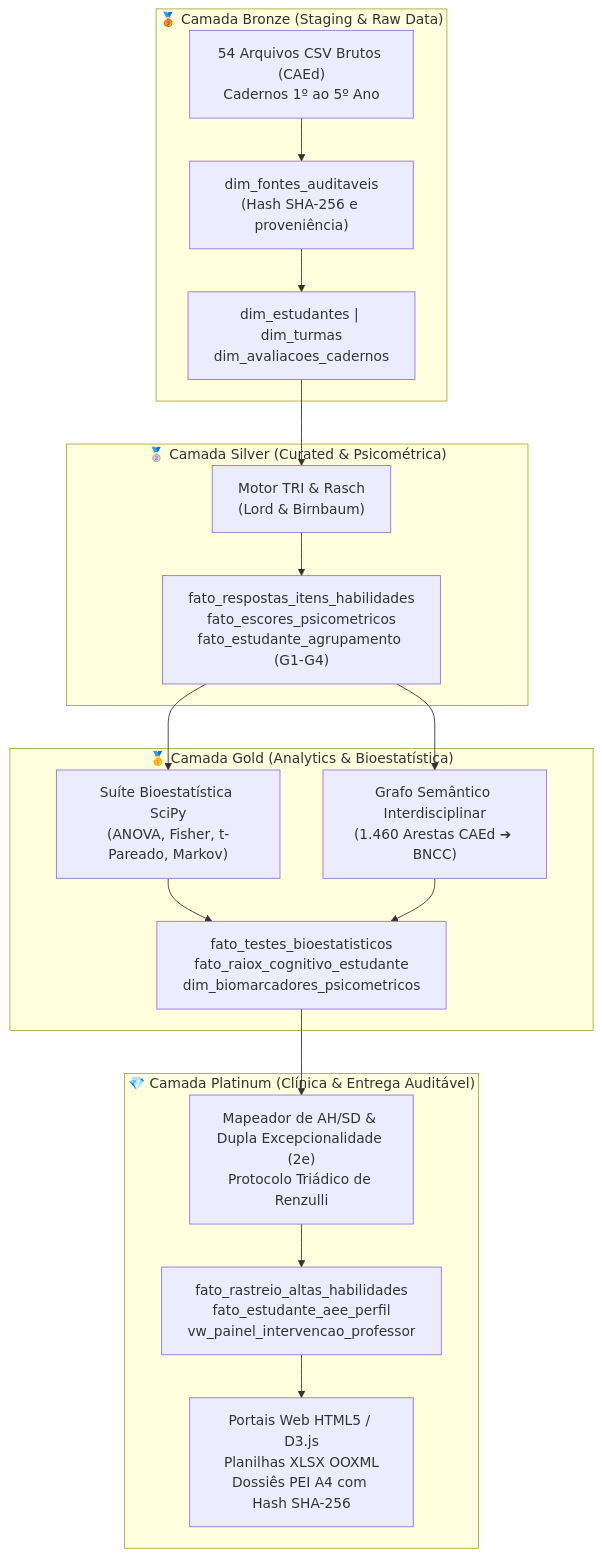
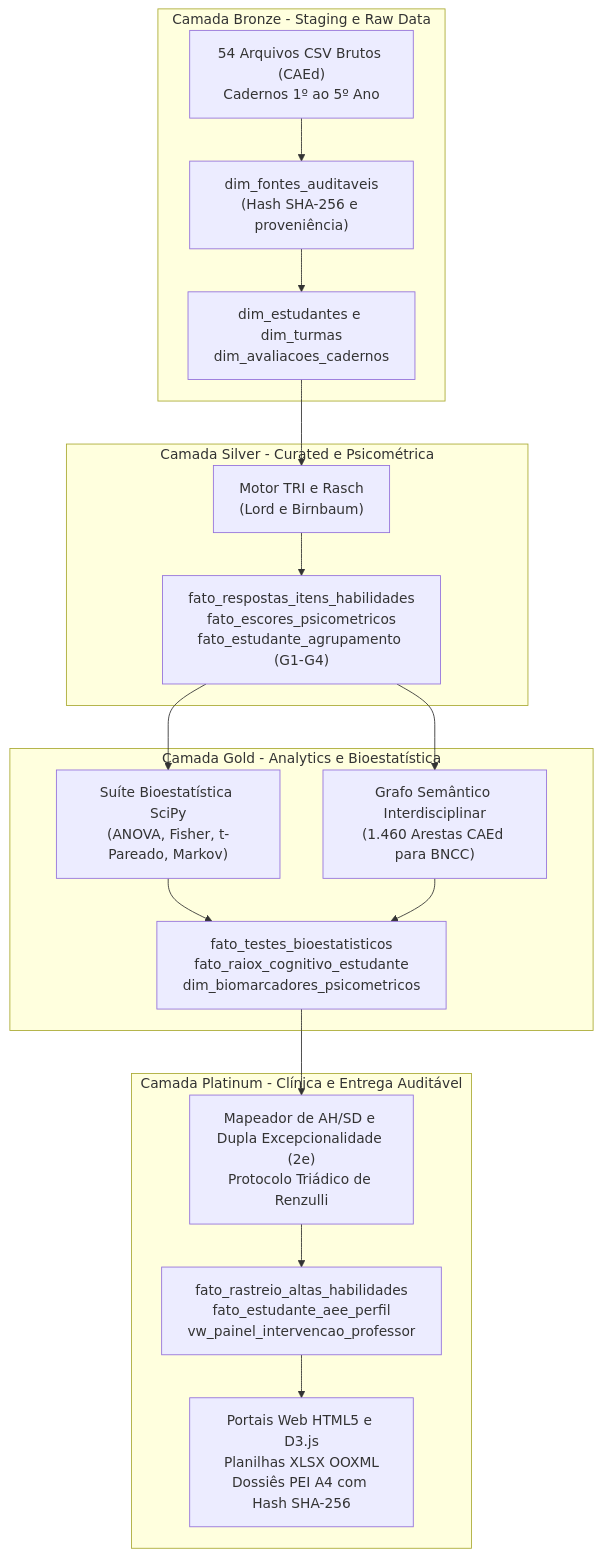
One commit to MarceloClaro/AiramVeras changed the eighth of 17 diagrams in README.md. Above: the diagram before and after it, drawn with Mermaid. The commit also changed other lines of this file, not shown here.

Commit message:
fix(docs): corrige sintaxe Mermaid do ERD e Pipeline Lakehouse no README.md

````diff
--- a/README.md
+++ b/README.md
@@ -640,29 +644,36 @@
 ```mermaid
 graph TD
-    subgraph BRONZE ["🥉 Camada Bronze (Staging & Raw Data)"]
-        CSV["54 Arquivos CSV Brutos (CAEd)<br>Cadernos 1º ao 5º Ano"]
-        FONTES["dim_fontes_auditaveis<br>(Hash SHA-256 e proveniência)"]
-        RAW_TAB["dim_estudantes | dim_turmas<br>dim_avaliacoes_cadernos"]
-        CSV --> FONTES --> RAW_TAB
+    subgraph BRONZE [Camada Bronze - Staging e Raw Data]
+        CSV["54 Arquivos CSV Brutos (CAEd)<br/>Cadernos 1º ao 5º Ano"]
+        FONTES["dim_fontes_auditaveis<br/>(Hash SHA-256 e proveniência)"]
+        RAW_TAB["dim_estudantes e dim_turmas<br/>dim_avaliacoes_cadernos"]
+        CSV --> FONTES
+        FONTES --> RAW_TAB
     end
 
-    subgraph SILVER ["🥈 Camada Silver (Curated & Psicométrica)"]
-        TRI["Motor TRI & Rasch<br>(Lord & Birnbaum)"]
-        SILV_TAB["fato_respostas_itens_habilidades<br>fato_escores_psicometricos<br>fato_estudante_agrupamento (G1-G4)"]
-        RAW_TAB --> TRI --> SILV_TAB
+    subgraph SILVER [Camada Silver - Curated e Psicométrica]
+        TRI["Motor TRI e Rasch<br/>(Lord e Birnbaum)"]
+        SILV_TAB["fato_respostas_itens_habilidades<br/>fato_escores_psicometricos<br/>fato_estudante_agrupamento (G1-G4)"]
+        RAW_TAB --> TRI
+        TRI --> SILV_TAB
     end
 
-    subgraph GOLD ["🥇 Camada Gold (Analytics & Bioestatística)"]
-        BIO_ENG["Suíte Bioestatística SciPy<br>(ANOVA, Fisher, t-Pareado, Markov)"]
-        GRAFO_ENG["Grafo Semântico Interdisciplinar<br>(1.460 Arestas CAEd ➔ BNCC)"]
-        GOLD_TAB["fato_testes_bioestatisticos<br>fato_raiox_cognitivo_estudante<br>dim_biomarcadores_psicometricos"]
-        SILV_TAB --> BIO_ENG & GRAFO_ENG --> GOLD_TAB
+    subgraph GOLD [Camada Gold - Analytics e Bioestatística]
+        BIO_ENG["Suíte Bioestatística SciPy<br/>(ANOVA, Fisher, t-Pareado, Markov)"]
+        GRAFO_ENG["Grafo Semântico Interdisciplinar<br/>(1.460 Arestas CAEd para BNCC)"]
+        GOLD_TAB["fato_testes_bioestatisticos<br/>fato_raiox_cognitivo_estudante<br/>dim_biomarcadores_psicometricos"]
+        SILV_TAB --> BIO_ENG
+        SILV_TAB --> GRAFO_ENG
+        BIO_ENG --> GOLD_TAB
+        GRAFO_ENG --> GOLD_TAB
     end
 
-    subgraph PLATINUM ["💎 Camada Platinum (Clínica & Entrega Auditável)"]
-        AHSD_ENG["Mapeador de AH/SD & Dupla Excepcionalidade (2e)<br>Protocolo Triádico de Renzulli"]
-        PLAT_TAB["fato_rastreio_altas_habilidades<br>fato_estudante_aee_perfil<br>vw_painel_intervencao_professor"]
-        DELIVERY["Portais Web HTML5 / D3.js<br>Planilhas XLSX OOXML<br>Dossiês PEI A4 com Hash SHA-256"]
-        GOLD_TAB --> AHSD_ENG --> PLAT_TAB --> DELIVERY
+    subgraph PLATINUM [Camada Platinum - Clínica e Entrega Auditável]
+        AHSD_ENG["Mapeador de AH/SD e Dupla Excepcionalidade (2e)<br/>Protocolo Triádico de Renzulli"]
+        PLAT_TAB["fato_rastreio_altas_habilidades<br/>fato_estudante_aee_perfil<br/>vw_painel_intervencao_professor"]
+        DELIVERY["Portais Web HTML5 e D3.js<br/>Planilhas XLSX OOXML<br/>Dossiês PEI A4 com Hash SHA-256"]
+        GOLD_TAB --> AHSD_ENG
+        AHSD_ENG --> PLAT_TAB
+        PLAT_TAB --> DELIVERY
     end
 ```
````
